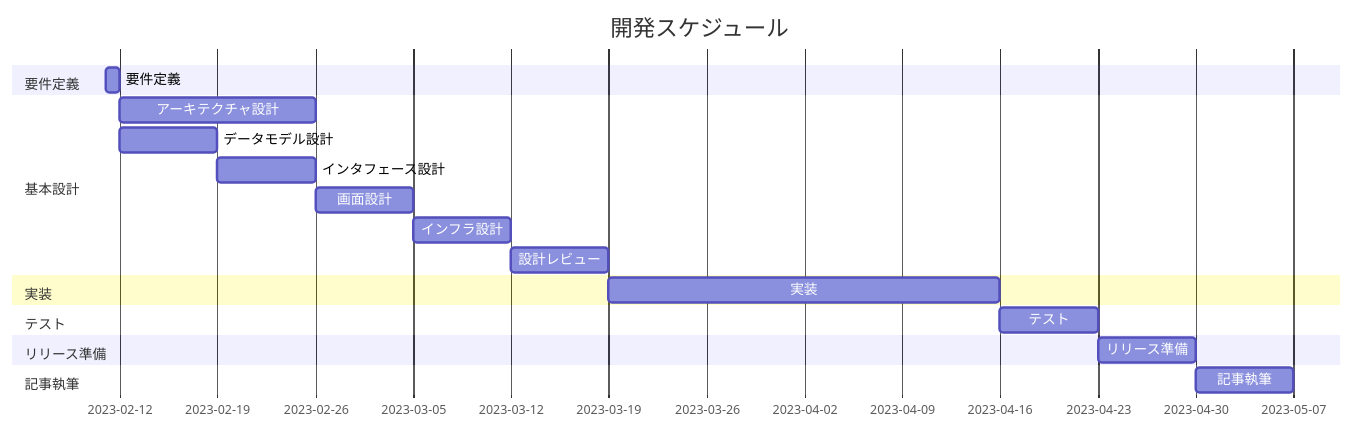
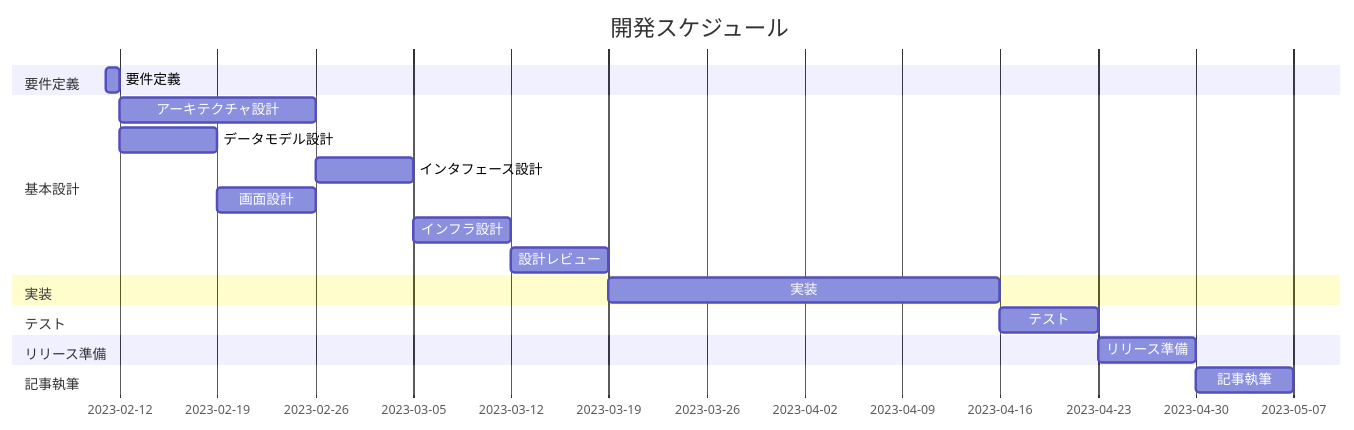
Before and after one commit to yuya-okada527/web-app-dev-with-ai: the diagram in README.md, drawn with Mermaid.

Commit message:
change view design

````diff
--- a/README.md
+++ b/README.md
@@ -7,22 +7,22 @@
 ```mermaid
 gantt
   title 開発スケジュール
   dateFormat YYYY-MM-DD
   section 要件定義
   要件定義: 2023-02-11, 2023-02-12
   section 基本設計
   アーキテクチャ設計: 2023-02-12, 2023-02-26
   データモデル設計: 2023-02-12, 2023-02-19
-  インタフェース設計: 2023-02-19, 2023-02-26
-  画面設計: 2023-02-26, 2023-03-05
+  インタフェース設計: 2023-02-26, 2023-03-05
+  画面設計: 2023-02-19, 2023-02-26
   インフラ設計: 2023-03-05, 2023-03-12
   設計レビュー: 2023-03-12, 2023-03-19
   section 実装
   実装: 2023-03-19, 2023-04-16
   section テスト
   テスト: 2023-04-16, 2023-04-23
   section リリース準備
   リリース準備: 2023-04-23, 2023-04-30
   section 記事執筆
   記事執筆: 2023-04-30, 2023-05-07
 ```
````
